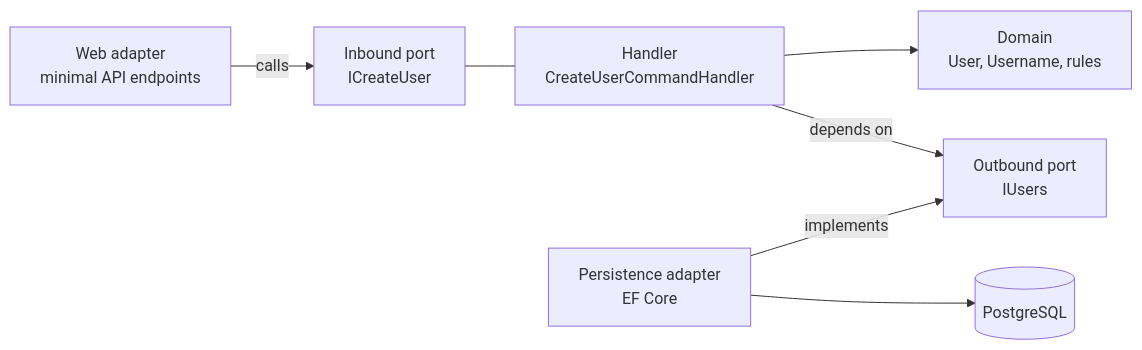
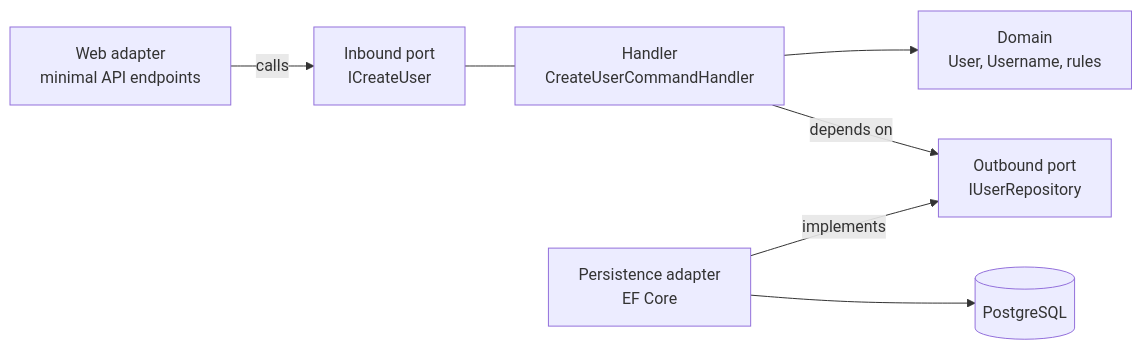
The diagram in guidelines/dotnet-hexagonal/guidelines/architecture-principles.md (main0034/aaas-docs), drawn with Mermaid before and after one commit. The commit also changed other lines of this file and 11 other files, not shown here.

````diff
--- a/guidelines/dotnet-hexagonal/guidelines/architecture-principles.md
+++ b/guidelines/dotnet-hexagonal/guidelines/architecture-principles.md
@@ -27,9 +27,9 @@
 ```mermaid
 flowchart LR
     WEB["Web adapter<br/>minimal API endpoints"] -->|calls| IN["Inbound port<br/>ICreateUser"]
     IN --- APP
     APP["Handler<br/>CreateUserCommandHandler"] --> DOM["Domain<br/>User, Username, rules"]
-    APP -->|depends on| OUT["Outbound port<br/>IUsers"]
+    APP -->|depends on| OUT["Outbound port<br/>IUserRepository"]
     PERS["Persistence adapter<br/>EF Core"] -->|implements| OUT
     PERS --> DB[("PostgreSQL")]
 ```
````
